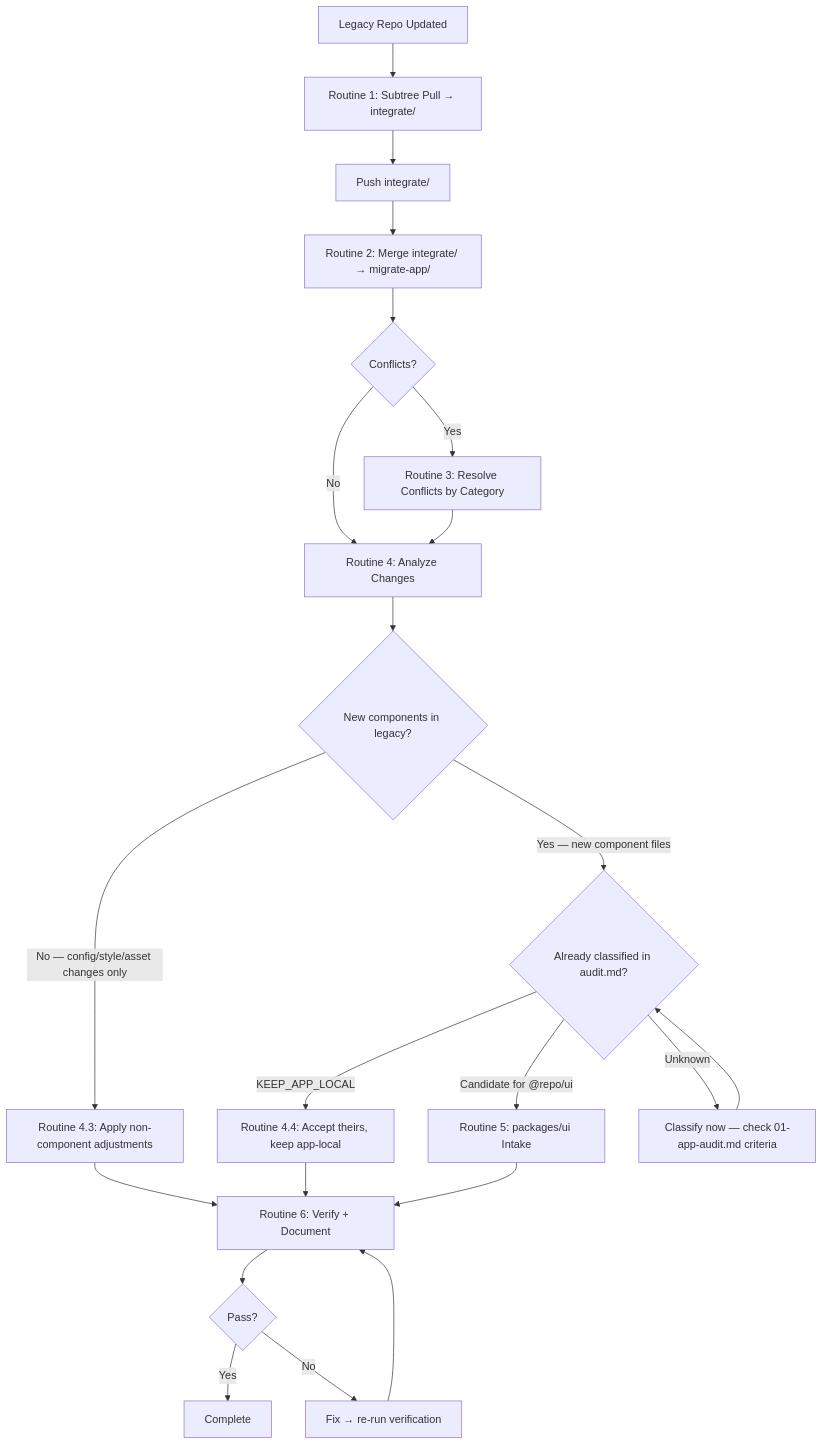
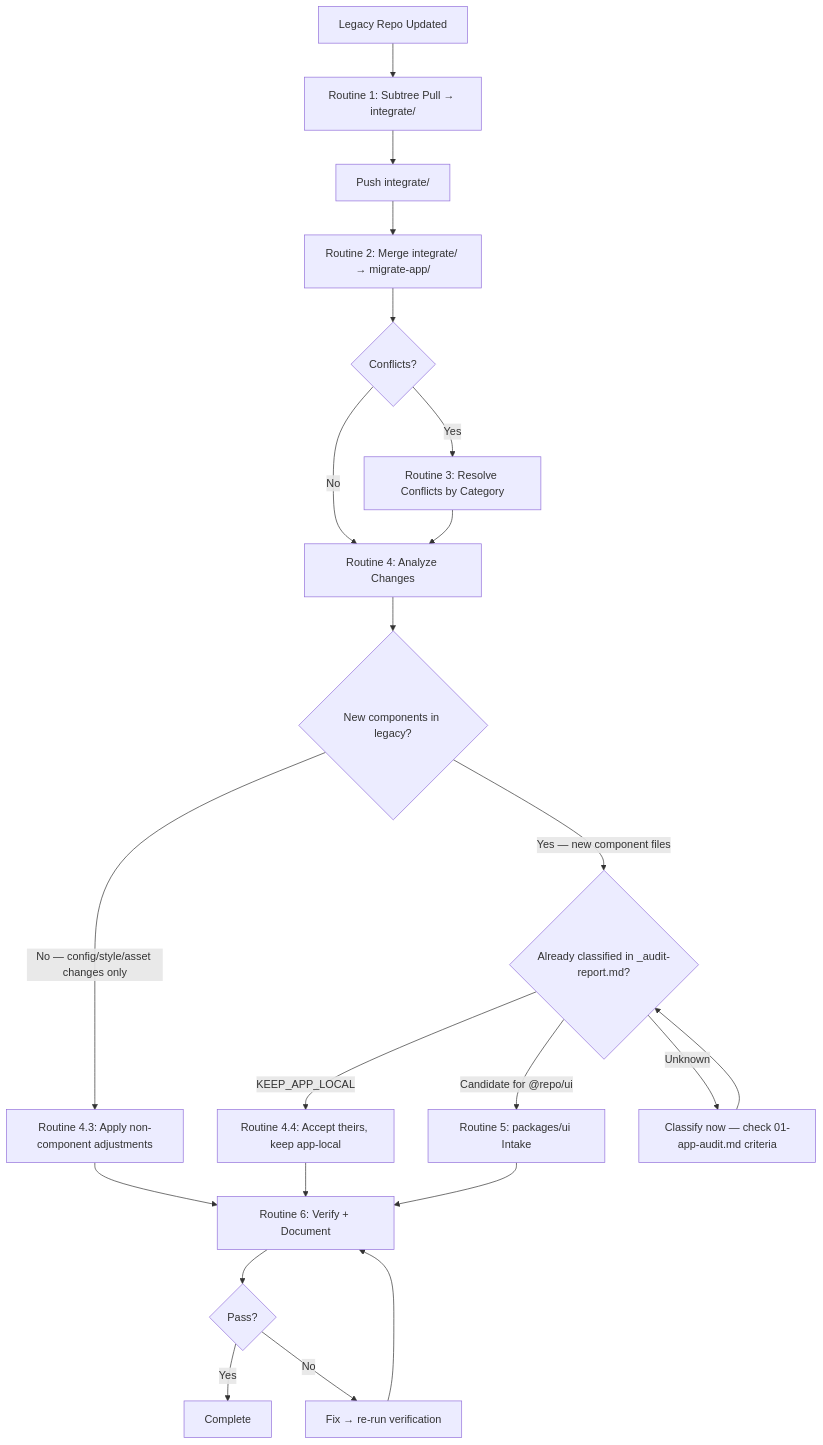
The diagram in apps/admin-portal/docs/migration/component/legacy-update-routines.md (mahardikakdenie/.agent-skills), drawn with Mermaid before and after one commit. The commit also changed other lines of this file and 20 other files, not shown here.

````diff
--- a/apps/admin-portal/docs/migration/component/legacy-update-routines.md
+++ b/apps/admin-portal/docs/migration/component/legacy-update-routines.md
@@ -58,24 +58,24 @@
 ```mermaid
 flowchart TD
     A[Legacy Repo Updated] --> B[Routine 1: Subtree Pull → integrate/<APP_NAME>]
     B --> C[Push integrate/<APP_NAME>]
     C --> D[Routine 2: Merge integrate/<APP_NAME> → migrate-app/<APP_NAME>]
     D --> E{Conflicts?}
     E -->|No| F[Routine 4: Analyze Changes]
     E -->|Yes| G[Routine 3: Resolve Conflicts by Category]
     G --> F
     F --> H{New components in legacy?}
     H -->|No — config/style/asset changes only| I[Routine 4.3: Apply non-component adjustments]
-    H -->|Yes — new component files| J{Already classified in audit.md?}
+    H -->|Yes — new component files| J{Already classified in _audit-report.md?}
     J -->|KEEP_APP_LOCAL| K[Routine 4.4: Accept theirs, keep app-local]
     J -->|Candidate for @repo/ui| L[Routine 5: packages/ui Intake]
     J -->|Unknown| M[Classify now — check 01-app-audit.md criteria]
     M --> J
     I --> N[Routine 6: Verify + Document]
     K --> N
     L --> N
     N --> O{Pass?}
     O -->|Yes| P[Complete]
     O -->|No| Q[Fix → re-run verification]
     Q --> N
 ```
````
